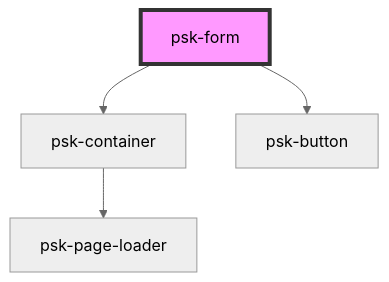
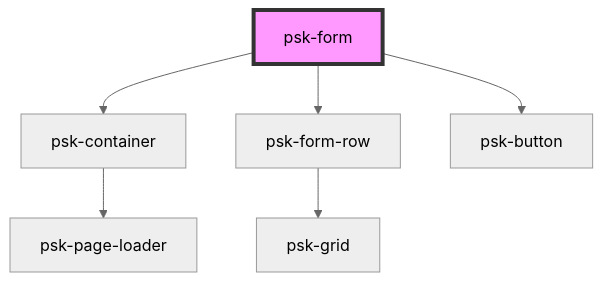
One commit to daniel-visoiu/cardinal changed the diagram in src/components/form-components/psk-form/readme.md. Above: the diagram before and after it, drawn with Mermaid (neutral theme). The commit also changed other lines of this file and 6 other files, not shown here.

````diff
--- a/src/components/form-components/psk-form/readme.md
+++ b/src/components/form-components/psk-form/readme.md
@@ -24,7 +27,9 @@
 ```mermaid
 graph TD;
   psk-form --> psk-container
+  psk-form --> psk-form-row
   psk-form --> psk-button
   psk-container --> psk-page-loader
+  psk-form-row --> psk-grid
   style psk-form fill:#f9f,stroke:#333,stroke-width:4px
 ```
````
